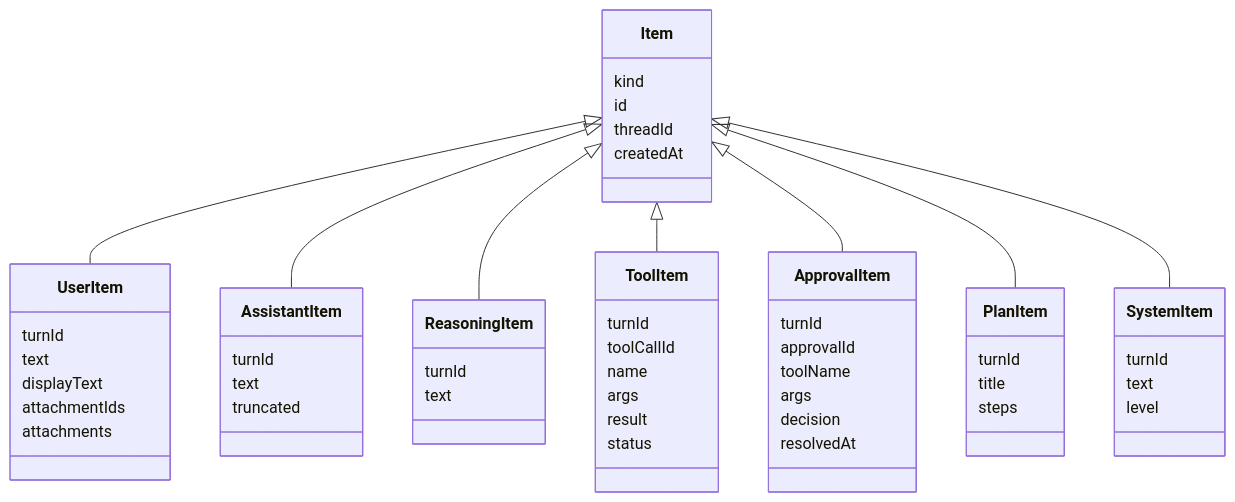
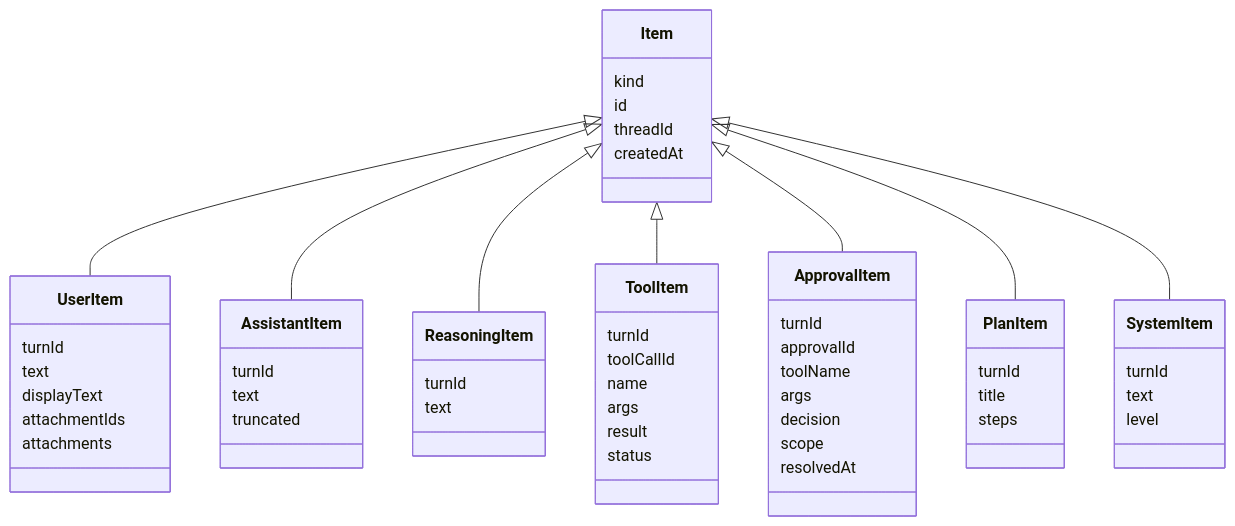
Before and after one commit to dp-sudo/agent-pyramid-desktop: the second of 2 diagrams in docs/data-model.md, drawn with Mermaid. The commit also changed other lines of this file and 9 other files, not shown here.

First line of the commit message:
chore(backup) boby: 同步权威文档与 Claude Code 对齐路线图

````diff
--- a/docs/data-model.md
+++ b/docs/data-model.md
@@ -253,59 +265,60 @@
 ```mermaid
 classDiagram
   class Item {
     kind
     id
     threadId
     createdAt
   }
   class UserItem {
     turnId
     text
     displayText
     attachmentIds
     attachments
   }
   class AssistantItem {
     turnId
     text
     truncated
   }
   class ReasoningItem {
     turnId
     text
   }
   class ToolItem {
     turnId
     toolCallId
     name
     args
     result
     status
   }
   class ApprovalItem {
     turnId
     approvalId
     toolName
     args
     decision
+    scope
     resolvedAt
   }
   class PlanItem {
     turnId
     title
     steps
   }
   class SystemItem {
     turnId
     text
     level
   }
 
   Item <|-- UserItem
   Item <|-- AssistantItem
   Item <|-- ReasoningItem
   Item <|-- ToolItem
   Item <|-- ApprovalItem
   Item <|-- PlanItem
   Item <|-- SystemItem
 ```
````
